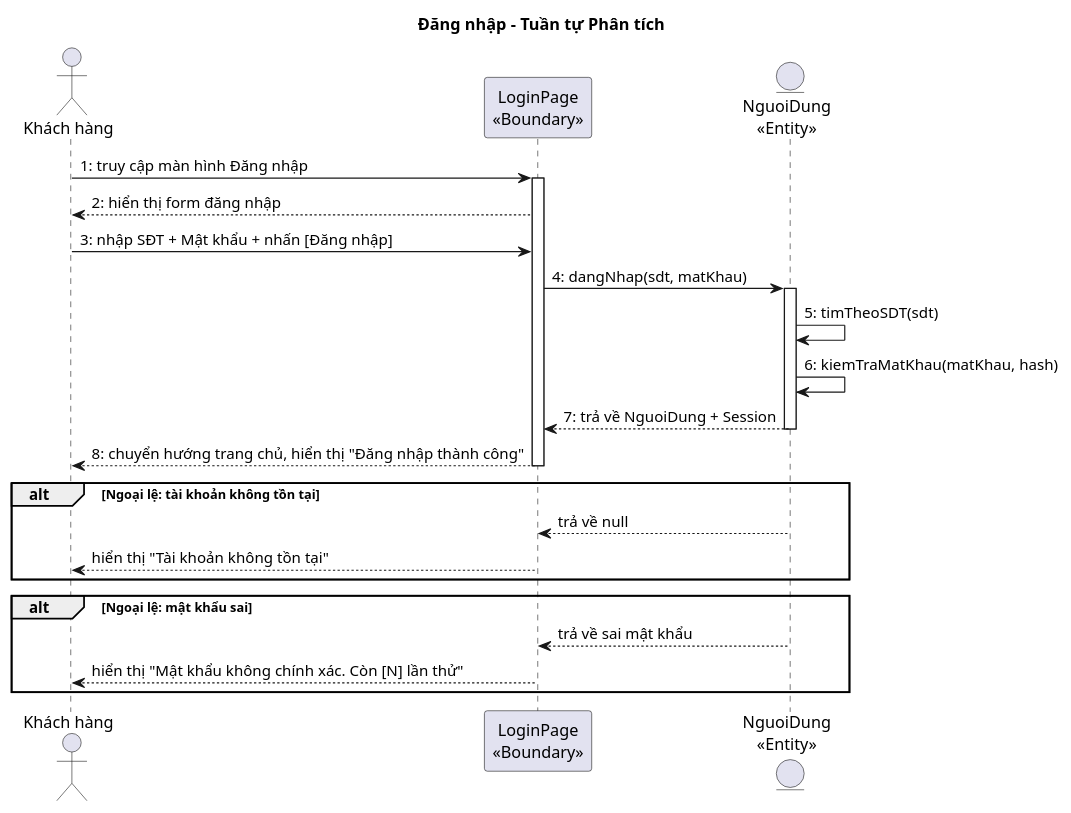
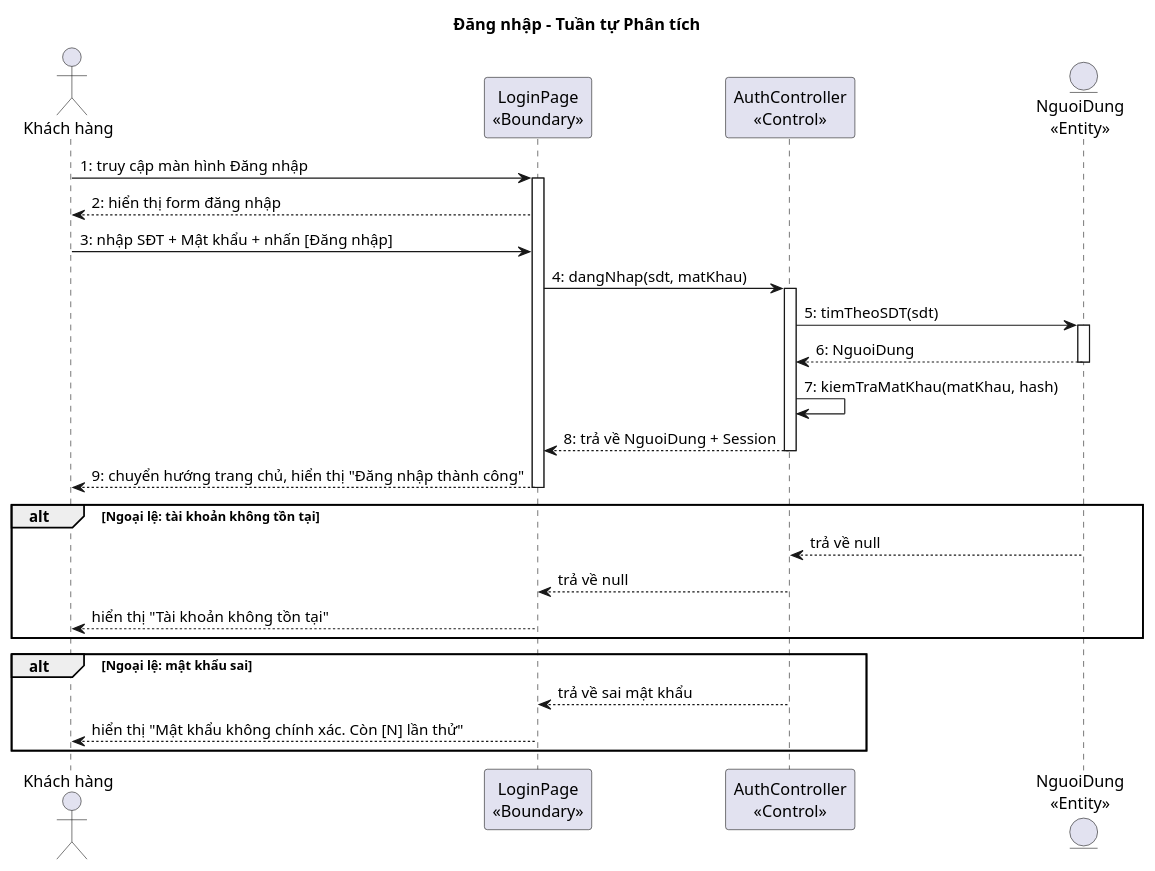
One commit to thanhtrnnn/cnpm changed the first of 5 diagrams in docs/tabs/section-account-ii.md. Above: the diagram before and after it, drawn with PlantUML. The commit also changed other lines of this file and 10 other files, not shown here.

````diff
--- a/docs/tabs/section-account-ii.md
+++ b/docs/tabs/section-account-ii.md
@@ -191,32 +188,37 @@
 ```plantuml
 @startuml
 title Đăng nhập – Tuần tự Phân tích
 
 actor "Khách hàng" as KH
 participant "LoginPage\n<<Boundary>>" as B1
+participant "AuthController\n<<Control>>" as C1
 entity "NguoiDung\n<<Entity>>" as E1
 
 KH -> B1 : 1: truy cập màn hình Đăng nhập
 activate B1
 B1 --> KH : 2: hiển thị form đăng nhập
 KH -> B1 : 3: nhập SĐT + Mật khẩu + nhấn [Đăng nhập]
-B1 -> E1 : 4: dangNhap(sdt, matKhau)
+B1 -> C1 : 4: dangNhap(sdt, matKhau)
+activate C1
+C1 -> E1 : 5: timTheoSDT(sdt)
 activate E1
-E1 -> E1 : 5: timTheoSDT(sdt)
-E1 -> E1 : 6: kiemTraMatKhau(matKhau, hash)
-E1 --> B1 : 7: trả về NguoiDung + Session
+E1 --> C1 : 6: NguoiDung
 deactivate E1
-B1 --> KH : 8: chuyển hướng trang chủ, hiển thị "Đăng nhập thành công"
+C1 -> C1 : 7: kiemTraMatKhau(matKhau, hash)
+C1 --> B1 : 8: trả về NguoiDung + Session
+deactivate C1
+B1 --> KH : 9: chuyển hướng trang chủ, hiển thị "Đăng nhập thành công"
 deactivate B1
 
 alt Ngoại lệ: tài khoản không tồn tại
-  E1 --> B1 : trả về null
+  E1 --> C1 : trả về null
+  C1 --> B1 : trả về null
   B1 --> KH : hiển thị "Tài khoản không tồn tại"
 end
 
 alt Ngoại lệ: mật khẩu sai
-  E1 --> B1 : trả về sai mật khẩu
+  C1 --> B1 : trả về sai mật khẩu
   B1 --> KH : hiển thị "Mật khẩu không chính xác. Còn [N] lần thử"
 end
 @enduml
 ```
````
